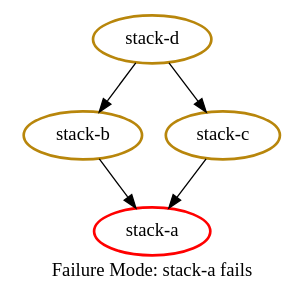
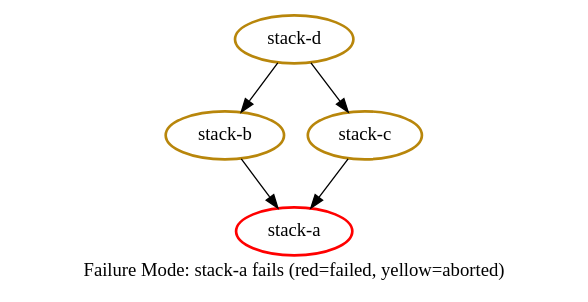
One commit to terramate-io/terramate changed the diagram in docs/graphs/failure-mode-stack-a-fails.dot. Above: the diagram before and after it, drawn with Graphviz. The commit also changed 1 other file, not shown here.

Commit message:
docs: improve failure graph description

```diff
--- a/docs/graphs/failure-mode-stack-a-fails.dot
+++ b/docs/graphs/failure-mode-stack-a-fails.dot
@@ -1,15 +1,15 @@
 digraph { 
-    label="Failure Mode: stack-a fails"
+    label="Failure Mode: stack-a fails (red=failed, yellow=aborted)"
 
     node [penwidth = 2.0]
 
     "stack-a" [color = red]
     "stack-b" [color = darkgoldenrod]
     "stack-c" [color = darkgoldenrod]
     "stack-d" [color = darkgoldenrod]
 
     "stack-b" -> "stack-a"
     "stack-c" -> "stack-a"
     "stack-d" -> "stack-b"
     "stack-d" -> "stack-c"
 }
```
